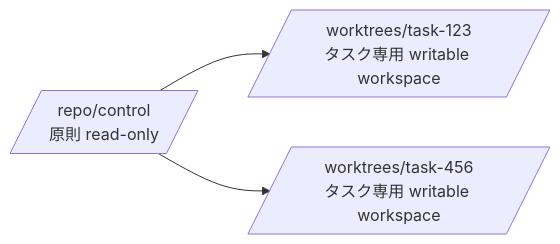
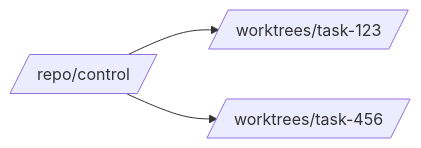
The fourth of 4 diagrams in docs/ja/01-architecture.md (tomo-chan/agent-harness), drawn with Mermaid before and after one commit. The commit also changed other lines of this file, not shown here.

Commit message:
docs: Posture-awareな簡素構成を日本語Architectureへ反映

````diff
--- a/docs/ja/01-architecture.md
+++ b/docs/ja/01-architecture.md
@@ -69,5 +85,5 @@
 ```mermaid
 flowchart LR
-    C[/repo/control<br/>原則 read-only/] --> T1[/worktrees/task-123<br/>タスク専用 writable workspace/]
-    C --> T2[/worktrees/task-456<br/>タスク専用 writable workspace/]
+    C[/repo/control/] --> T1[/worktrees/task-123/]
+    C --> T2[/worktrees/task-456/]
 ```
````
